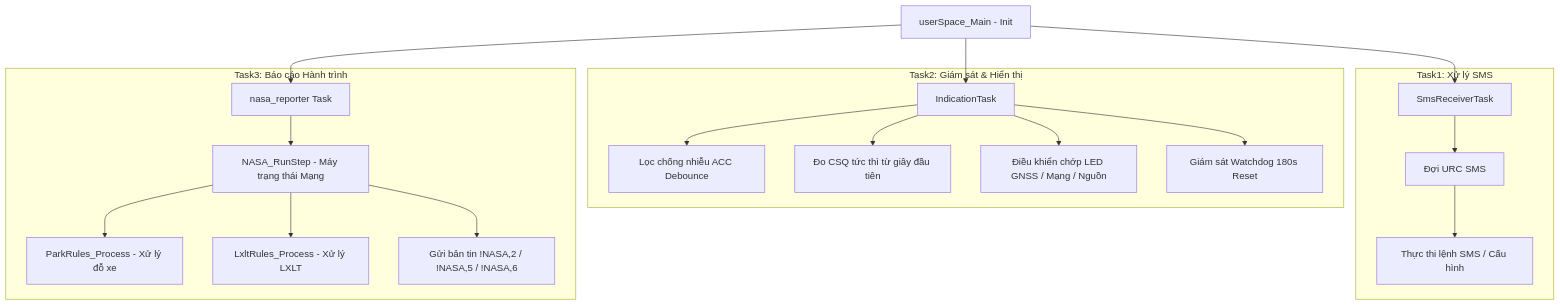
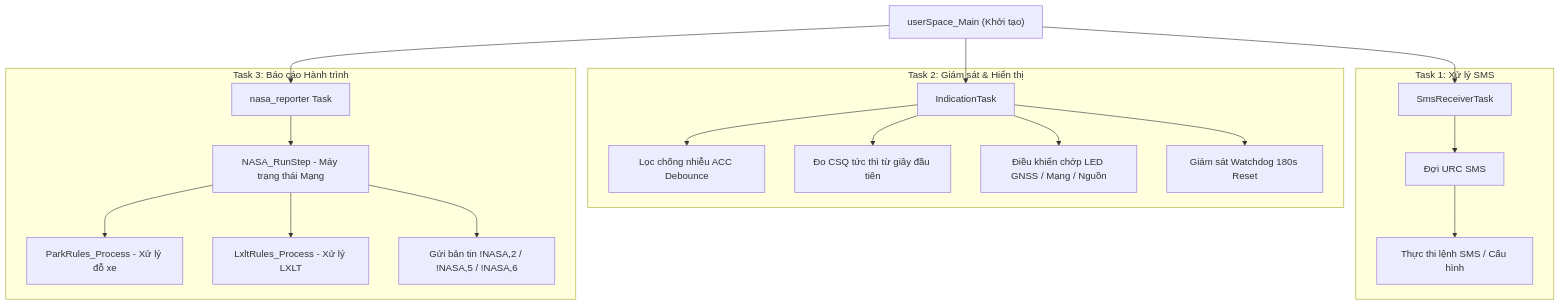
Before and after one commit to thanhsmail/NASA-TRACKING-A7677S: the first of 3 diagrams in NASA_Tracking_Analysis.md, drawn with Mermaid. The commit also changed other lines of this file, not shown here.

````diff
--- a/NASA_Tracking_Analysis.md
+++ b/NASA_Tracking_Analysis.md
@@ -47,25 +47,25 @@
 ```mermaid
 graph TD
-    Main[userSpace_Main - Init] --> Task1[SmsReceiverTask]
-    Main --> Task2[IndicationTask]
-    Main --> Task3[nasa_reporter Task]
+    Main["userSpace_Main (Khởi tạo)"] --> Task1["SmsReceiverTask"]
+    Main --> Task2["IndicationTask"]
+    Main --> Task3["nasa_reporter Task"]
 
-    subgraph Task1: Xử lý SMS
-        Task1 --> SMS_Recv[Đợi URC SMS]
-        SMS_Recv --> SMS_Exec[Thực thi lệnh SMS / Cấu hình]
+    subgraph Task1Group["Task 1: Xử lý SMS"]
+        Task1 --> SMS_Recv["Đợi URC SMS"]
+        SMS_Recv --> SMS_Exec["Thực thi lệnh SMS / Cấu hình"]
     end
 
-    subgraph Task2: Giám sát & Hiển thị
-        Task2 --> ACC_Filter[Lọc chống nhiễu ACC Debounce]
-        Task2 --> CSQ_Instant[Đo CSQ tức thì từ giây đầu tiên]
-        Task2 --> LED_Ctrl[Điều khiển chớp LED GNSS / Mạng / Nguồn]
-        Task2 --> WDT_Supervision[Giám sát Watchdog 180s Reset]
+    subgraph Task2Group["Task 2: Giám sát & Hiển thị"]
+        Task2 --> ACC_Filter["Lọc chống nhiễu ACC Debounce"]
+        Task2 --> CSQ_Instant["Đo CSQ tức thì từ giây đầu tiên"]
+        Task2 --> LED_Ctrl["Điều khiển chớp LED GNSS / Mạng / Nguồn"]
+        Task2 --> WDT_Supervision["Giám sát Watchdog 180s Reset"]
     end
 
-    subgraph Task3: Báo cáo Hành trình
-        Task3 --> StateMachine[NASA_RunStep - Máy trạng thái Mạng]
-        StateMachine --> RulePark[ParkRules_Process - Xử lý đỗ xe]
-        StateMachine --> RuleLxlt[LxltRules_Process - Xử lý LXLT]
-        StateMachine --> NetSend[Gửi bản tin !NASA,2 / !NASA,5 / !NASA,6]
+    subgraph Task3Group["Task 3: Báo cáo Hành trình"]
+        Task3 --> StateMachine["NASA_RunStep - Máy trạng thái Mạng"]
+        StateMachine --> RulePark["ParkRules_Process - Xử lý đỗ xe"]
+        StateMachine --> RuleLxlt["LxltRules_Process - Xử lý LXLT"]
+        StateMachine --> NetSend["Gửi bản tin !NASA,2 / !NASA,5 / !NASA,6"]
     end
 ```
````
